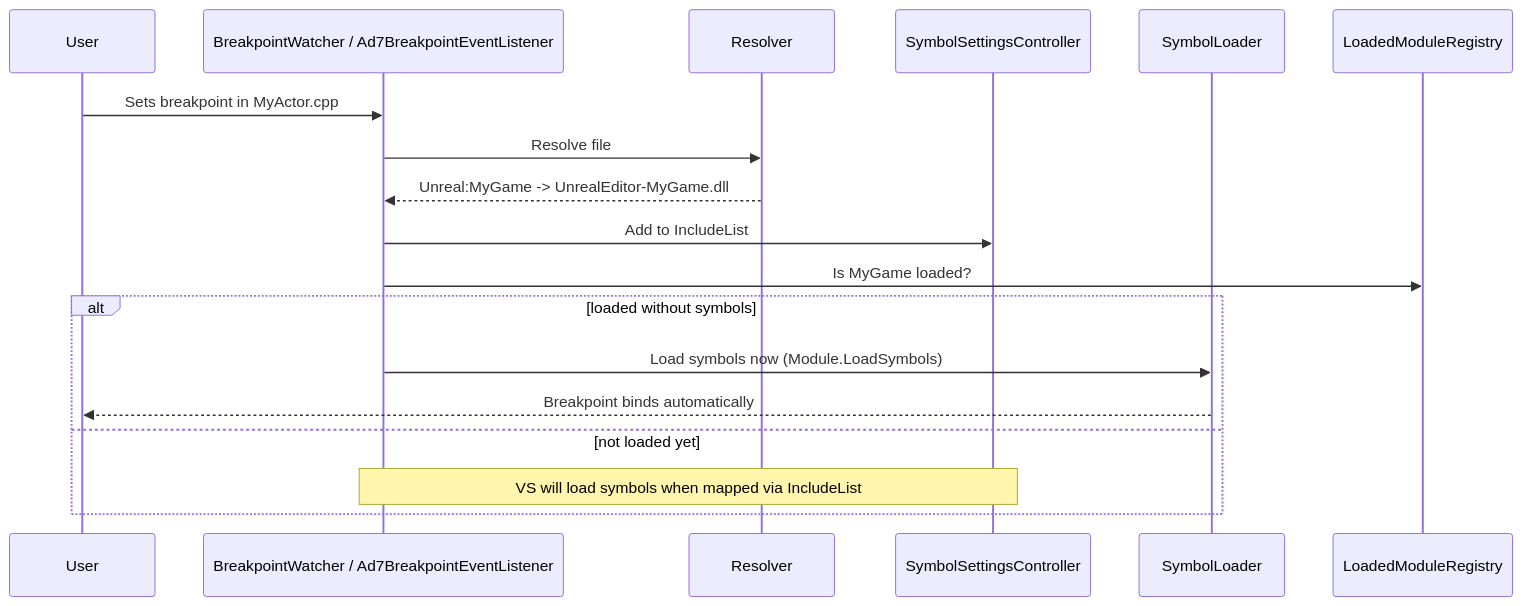
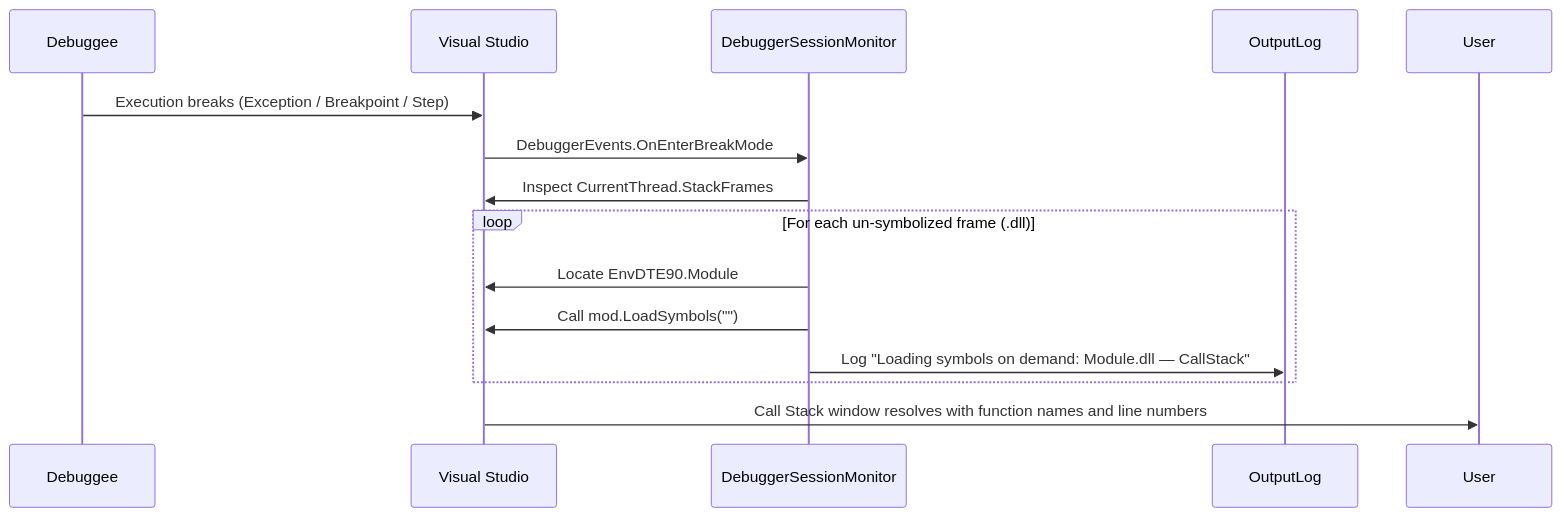
Before and after one commit to mattshepcar/VSOnDemandSymbols: the third of 4 diagrams in docs/ARCHITECTURE.md, drawn with Mermaid. The commit also changed other lines of this file and 18 other files, not shown here.

````diff
--- a/docs/ARCHITECTURE.md
+++ b/docs/ARCHITECTURE.md
@@ -125,20 +153,17 @@
 ```mermaid
 sequenceDiagram
-    participant U as User
-    participant BW as BreakpointWatcher / Ad7BreakpointEventListener
-    participant R as Resolver
-    participant S as SymbolSettingsController
-    participant L as SymbolLoader
-    participant M as LoadedModuleRegistry
-    U->>BW: Sets breakpoint in MyActor.cpp
-    BW->>R: Resolve file
-    R-->>BW: Unreal:MyGame -> UnrealEditor-MyGame.dll
-    BW->>S: Add to IncludeList
-    BW->>M: Is MyGame loaded?
-    alt loaded without symbols
-        BW->>L: Load symbols now (Module.LoadSymbols)
-        L-->>U: Breakpoint binds automatically
-    else not loaded yet
-        Note over BW,S: VS will load symbols when mapped via IncludeList
+    participant Dbg as Debuggee
+    participant VS as Visual Studio
+    participant DSM as DebuggerSessionMonitor
+    participant Log as OutputLog
+
+    Dbg->>VS: Execution breaks (Exception / Breakpoint / Step)
+    VS->>DSM: DebuggerEvents.OnEnterBreakMode
+    DSM->>VS: Inspect CurrentThread.StackFrames
+    loop For each un-symbolized frame (.dll)
+        DSM->>VS: Locate EnvDTE90.Module
+        DSM->>VS: Call mod.LoadSymbols("")
+        DSM->>Log: Log "Loading symbols on demand: Module.dll — CallStack"
     end
+    VS->>User: Call Stack window resolves with function names and line numbers
 ```
````
